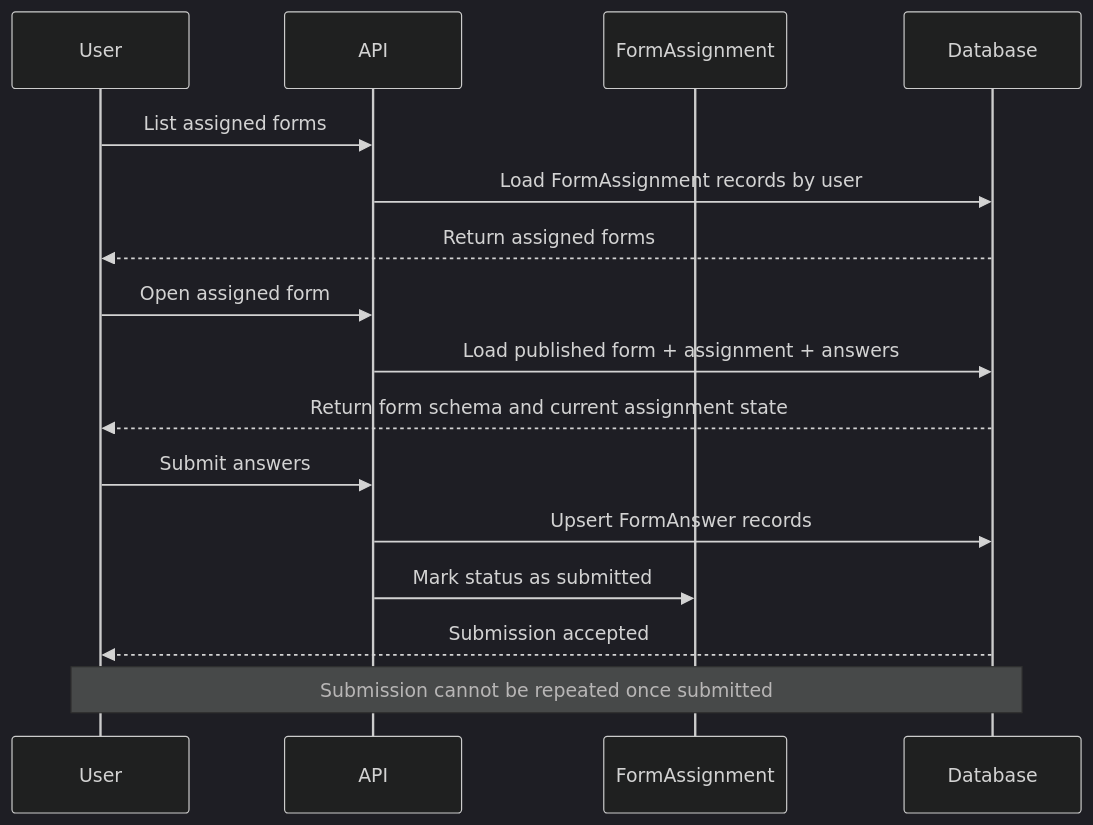
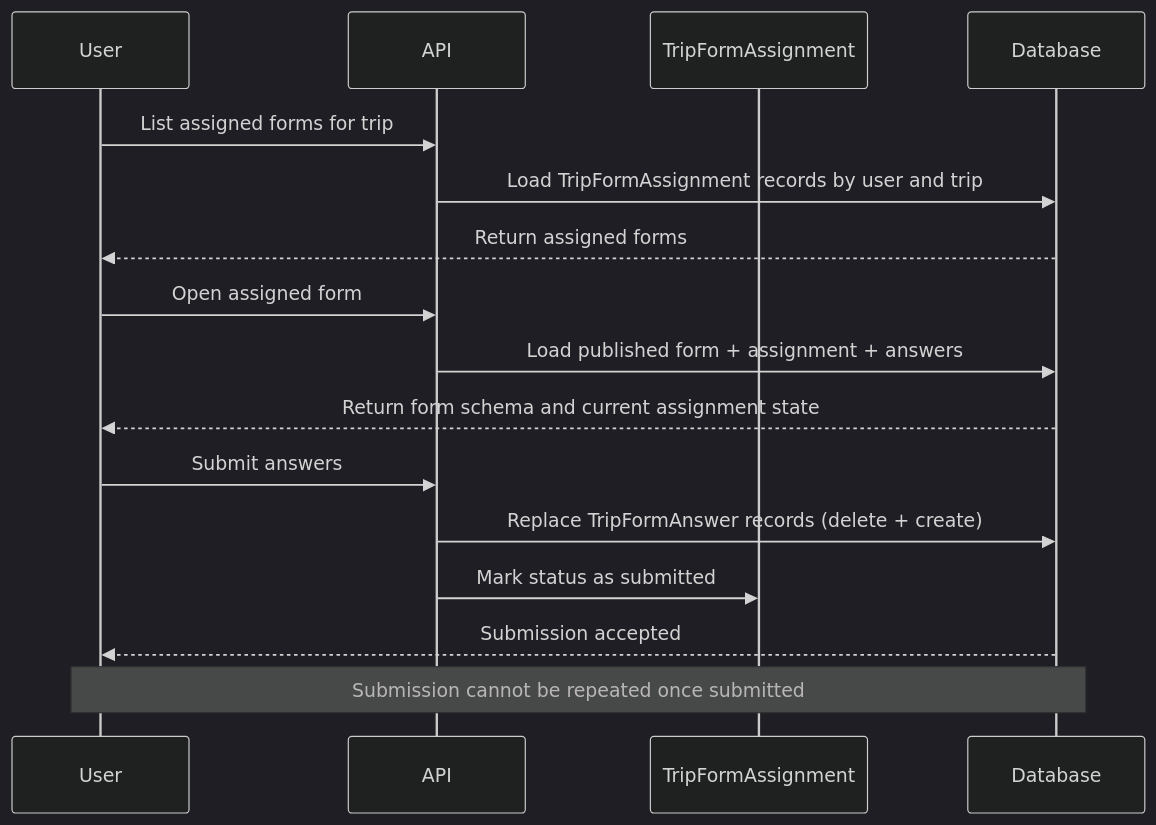
One commit to Gzerox/ack-nestjs-boilerplate changed the second of 2 diagrams in docs/form.md. Above: the diagram before and after it, drawn with Mermaid (dark theme). The commit also changed other lines of this file and 62 other files, not shown here.

Commit message:
feat(form): refactor form to trip-form

````diff
--- a/docs/form.md
+++ b/docs/form.md
@@ -301,19 +297,19 @@
 ```mermaid
 sequenceDiagram
     participant User
     participant API
-    participant Assignment as FormAssignment
+    participant Assignment as TripFormAssignment
     participant Database
 
-    User->>API: List assigned forms
-    API->>Database: Load FormAssignment records by user
+    User->>API: List assigned forms for trip
+    API->>Database: Load TripFormAssignment records by user and trip
     Database-->>User: Return assigned forms
     User->>API: Open assigned form
     API->>Database: Load published form + assignment + answers
     Database-->>User: Return form schema and current assignment state
     User->>API: Submit answers
-    API->>Database: Upsert FormAnswer records
+    API->>Database: Replace TripFormAnswer records (delete + create)
     API->>Assignment: Mark status as submitted
     Database-->>User: Submission accepted
     Note over User,Database: Submission cannot be repeated once submitted
 ```
````
